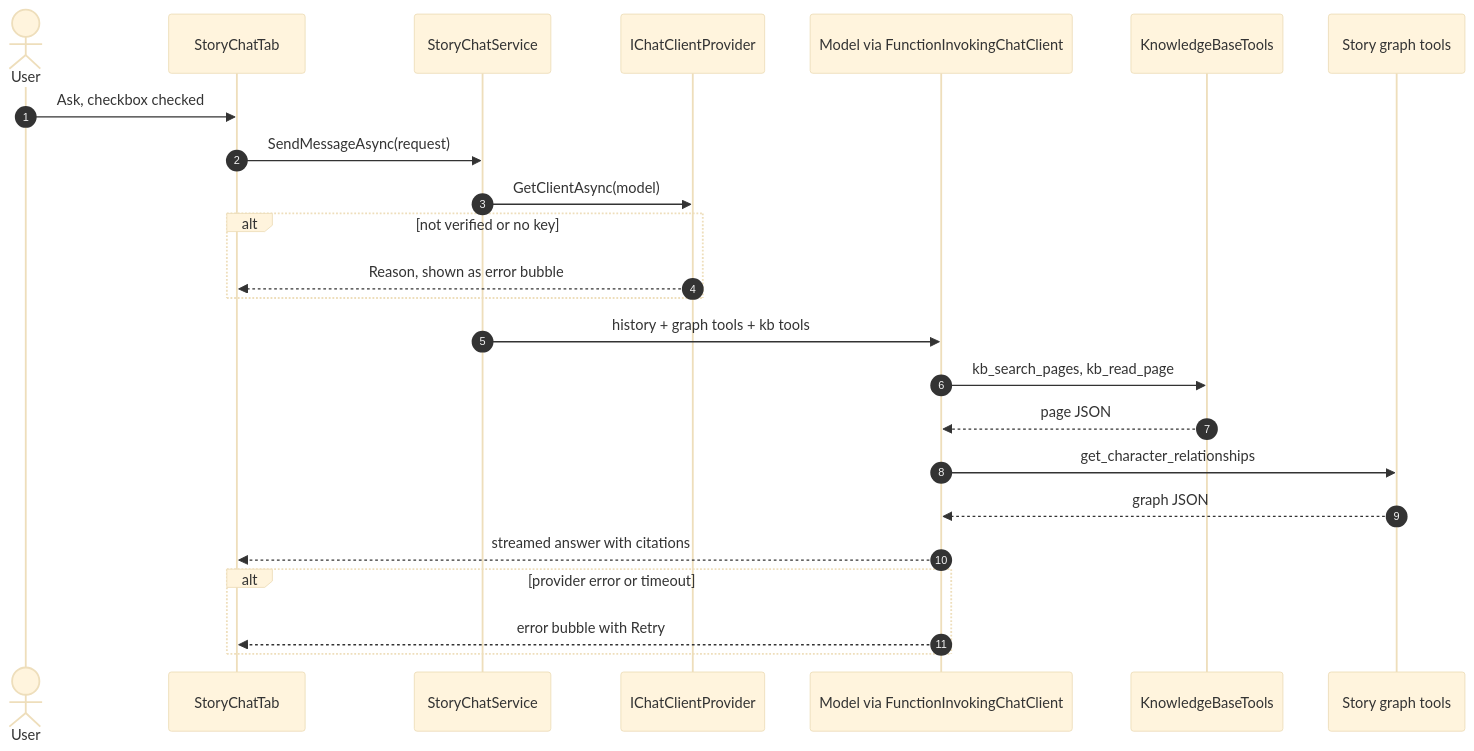
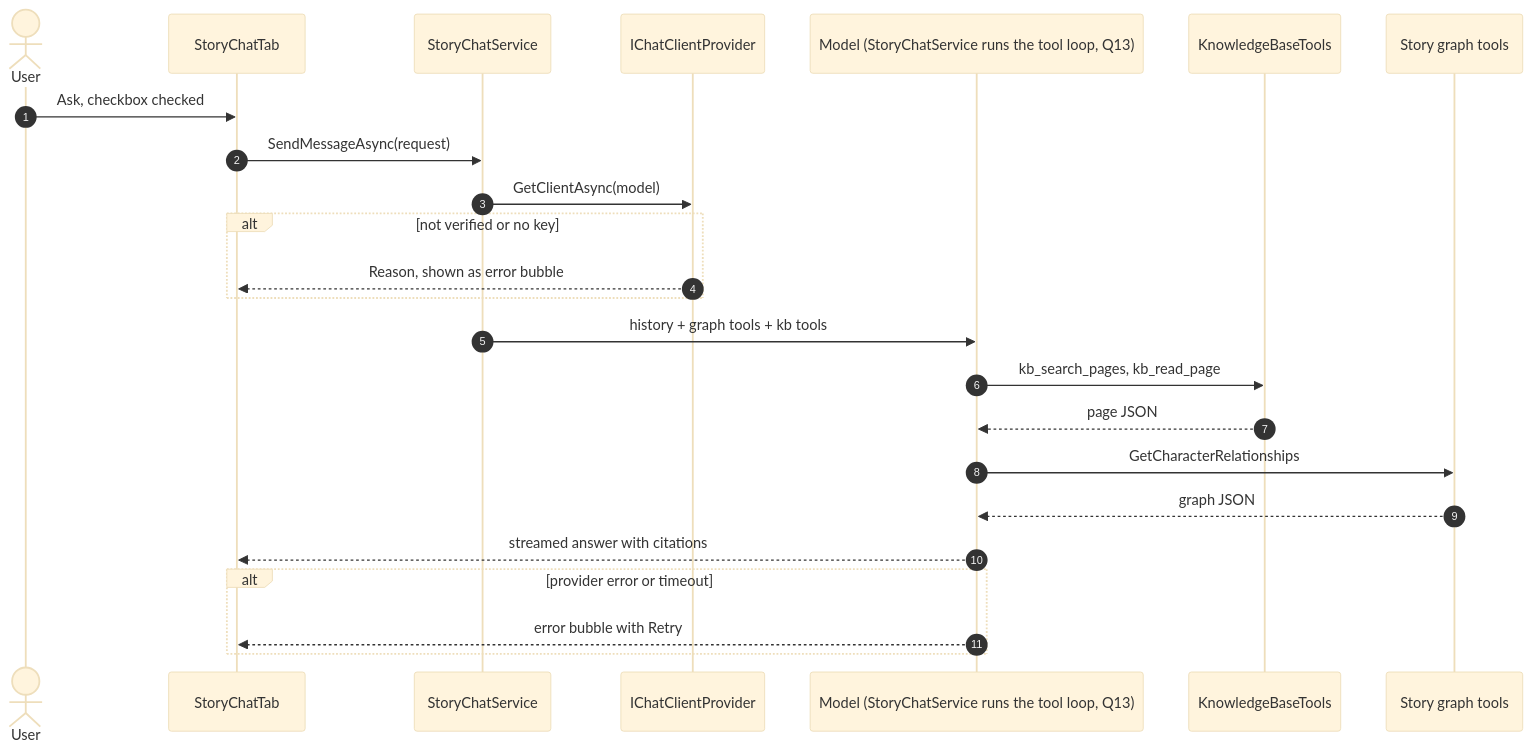
One commit to AIStoryBuilders/AIStoryBuildersV2 changed the seventh of 10 diagrams in Docs/AIStoryBuildersV2-Plan.md. Above: the diagram before and after it, drawn with Mermaid (base theme). The commit also changed other lines of this file and 12 other files, not shown here.

````diff
--- a/Docs/AIStoryBuildersV2-Plan.md
+++ b/Docs/AIStoryBuildersV2-Plan.md
@@ -880,26 +885,26 @@
 ```mermaid
 sequenceDiagram
     autonumber
     actor U as User
     participant C as StoryChatTab
     participant S as StoryChatService
     participant P as IChatClientProvider
-    participant M as Model via FunctionInvokingChatClient
+    participant M as Model (StoryChatService runs the tool loop, Q13)
     participant K as KnowledgeBaseTools
     participant G as Story graph tools
     U->>C: Ask, checkbox checked
     C->>S: SendMessageAsync(request)
     S->>P: GetClientAsync(model)
     alt not verified or no key
         P-->>C: Reason, shown as error bubble
     end
     S->>M: history + graph tools + kb tools
     M->>K: kb_search_pages, kb_read_page
     K-->>M: page JSON
-    M->>G: get_character_relationships
+    M->>G: GetCharacterRelationships
     G-->>M: graph JSON
     M-->>C: streamed answer with citations
     alt provider error or timeout
         M-->>C: error bubble with Retry
     end
 ```
````
